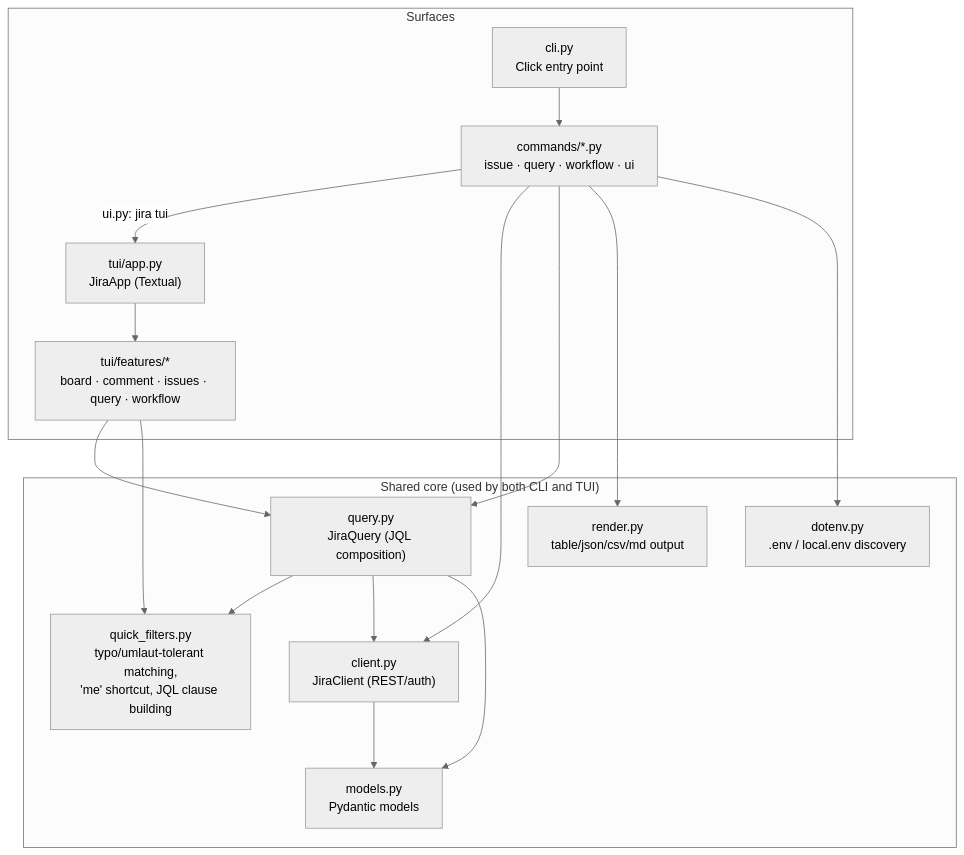
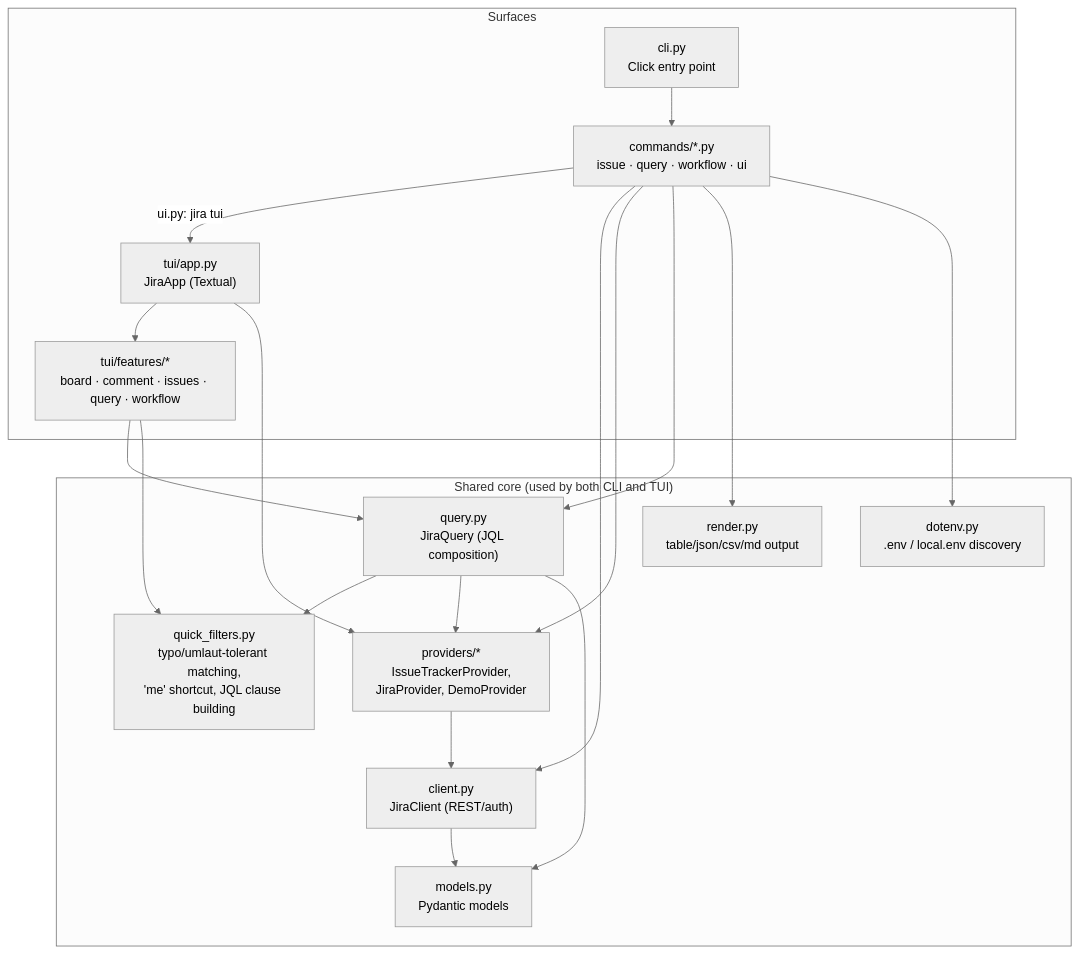
One commit to colenio/jira-cli changed the diagram in docs/architecture.md. Above: the diagram before and after it, drawn with Mermaid (neutral theme). The commit also changed other lines of this file and 16 other files, not shown here.

Commit message:
refactor: introduce issue tracker providers

````diff
--- a/docs/architecture.md
+++ b/docs/architecture.md
@@ -6,33 +6,37 @@
 ```mermaid
 graph TD
     subgraph Surfaces
         CLI["cli.py<br/>Click entry point"]
         CMDS["commands/*.py<br/>issue · query · workflow · ui"]
         TUIAPP["tui/app.py<br/>JiraApp (Textual)"]
         TUIFEAT["tui/features/*<br/>board · comment · issues · query · workflow"]
 
         CLI --> CMDS
         CMDS -- "ui.py: jira tui" --> TUIAPP
         TUIAPP --> TUIFEAT
     end
 
     subgraph Shared["Shared core (used by both CLI and TUI)"]
+      PROVIDERS["providers/*<br/>IssueTrackerProvider,<br/>JiraProvider, DemoProvider"]
         CLIENT["client.py<br/>JiraClient (REST/auth)"]
         QUERY["query.py<br/>JiraQuery (JQL composition)"]
         QF["quick_filters.py<br/>typo/umlaut-tolerant matching,<br/>'me' shortcut, JQL clause building"]
         MODELS["models.py<br/>Pydantic models"]
         RENDER["render.py<br/>table/json/csv/md output"]
         DOTENV["dotenv.py<br/>.env / local.env discovery"]
     end
 
     CMDS --> CLIENT
+    CMDS --> PROVIDERS
     CMDS --> QUERY
     CMDS --> RENDER
     CMDS --> DOTENV
     TUIFEAT --> QUERY
     TUIFEAT --> QF
+    TUIAPP --> PROVIDERS
     QUERY --> QF
-    QUERY --> CLIENT
+    QUERY --> PROVIDERS
+    PROVIDERS --> CLIENT
     QUERY --> MODELS
     CLIENT --> MODELS
 ```
````
